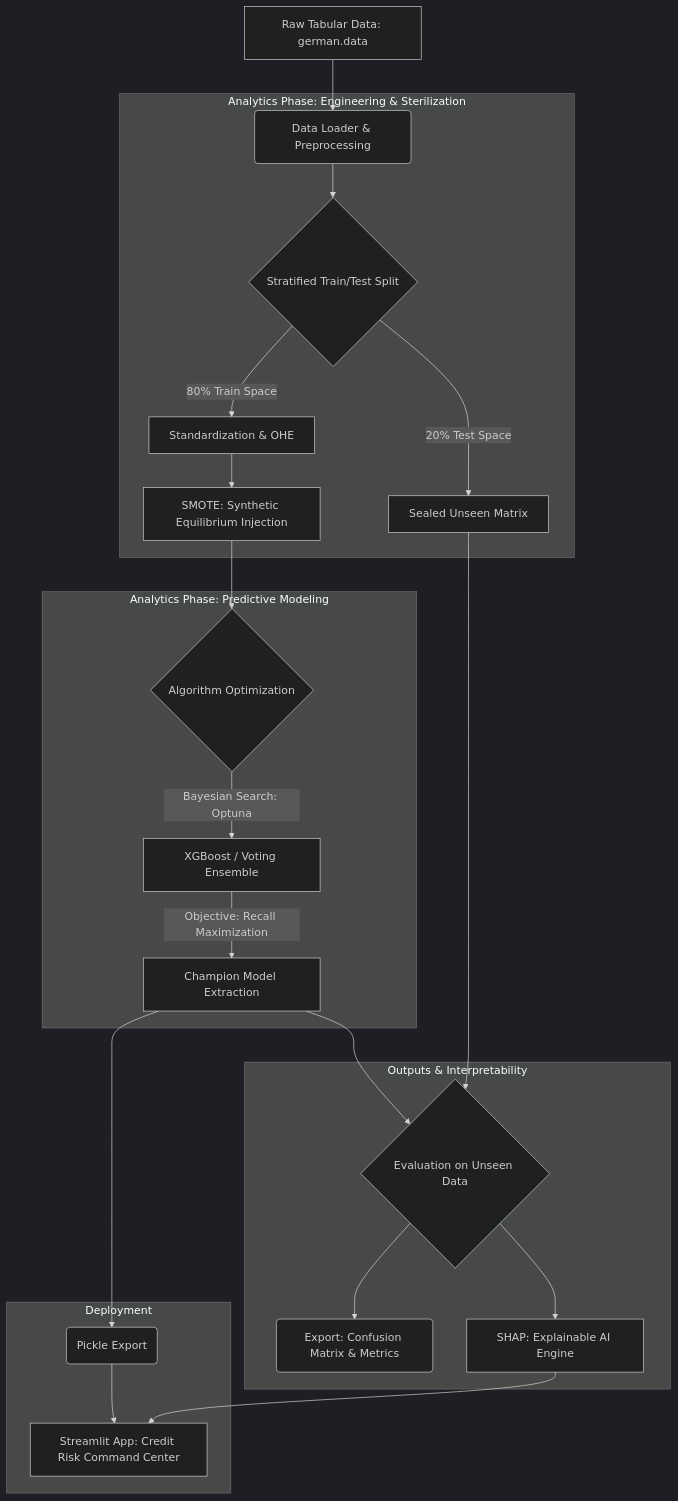
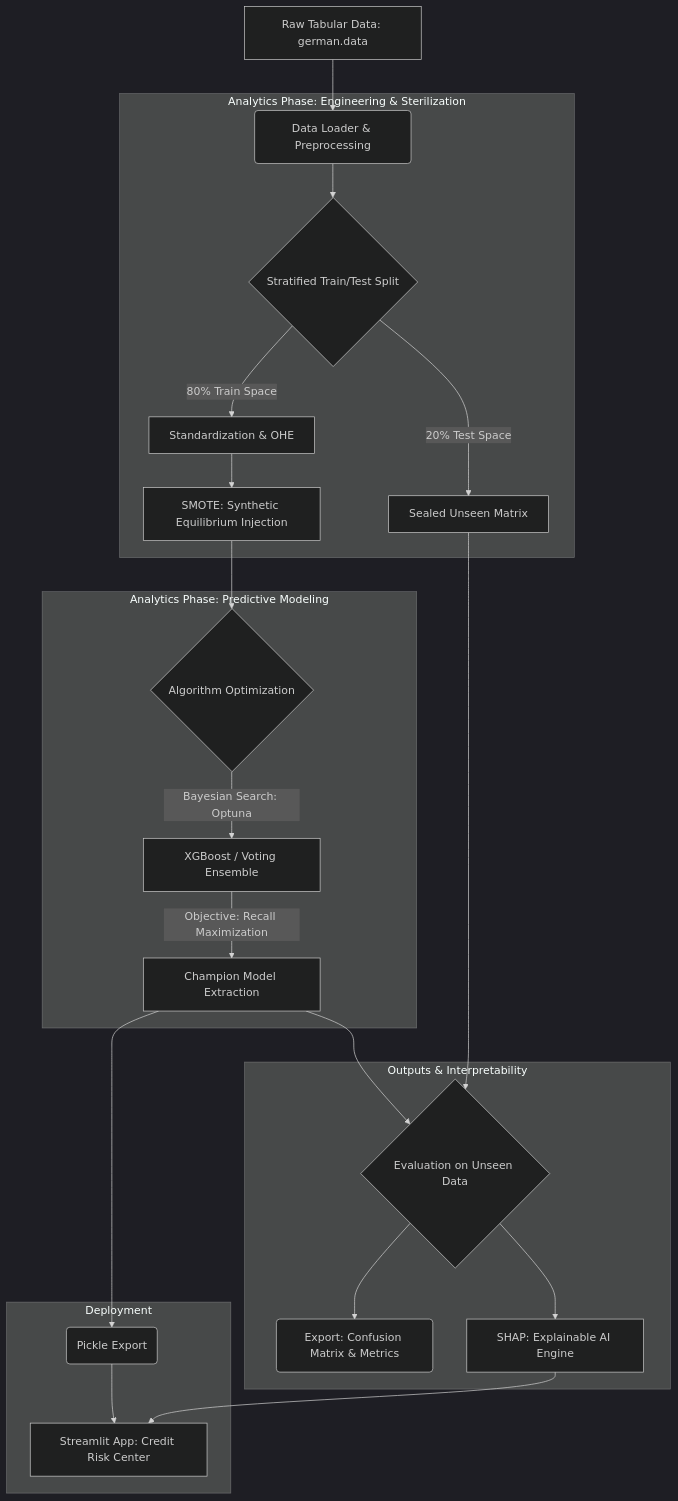
Before and after one commit to RazerArdi/credit-risk-scoring: the diagram in README.md, drawn with Mermaid (dark theme). The commit also changed other lines of this file, not shown here.

Commit message:
Add initial project structure and dependencies for Credit Risk Center
- Created requirements.txt with essential libraries for data manipulation, machine learning, and deployment.
- Added SQL script for extracting and denormalizing customer data from the data warehouse.
- Introduced various image assets for visualization and reporting.
- Established initial Python scripts for data pipeline, feature engineering, and modeling.
- Included an empty __init__.py file to define the src package.

````diff
--- a/README.md
+++ b/README.md
@@ -142,30 +142,30 @@
 ```mermaid
 graph TD
     A[Raw Tabular Data: german.data] --> B(Data Loader & Preprocessing)
 
     subgraph Analytics Phase: Engineering & Sterilization
         B --> C{Stratified Train/Test Split}
         C -->|80% Train Space| D[Standardization & OHE]
         C -->|20% Test Space| E[Sealed Unseen Matrix]
         D --> F[SMOTE: Synthetic Equilibrium Injection]
     end
 
     subgraph Analytics Phase: Predictive Modeling
         F --> G{Algorithm Optimization}
         G -->|Bayesian Search: Optuna| H[XGBoost / Voting Ensemble]
         H -->|Objective: Recall Maximization| I[Champion Model Extraction]
     end
 
     subgraph Outputs & Interpretability
         I --> J{Evaluation on Unseen Data}
         E --> J
         J --> K(Export: Confusion Matrix & Metrics)
         J --> L[SHAP: Explainable AI Engine]
     end
 
     subgraph Deployment
         I --> M(Pickle Export)
-        M --> N[Streamlit App: Credit Risk Command Center]
+        M --> N[Streamlit App: Credit Risk Center]
         L --> N
     end
 ```
````
